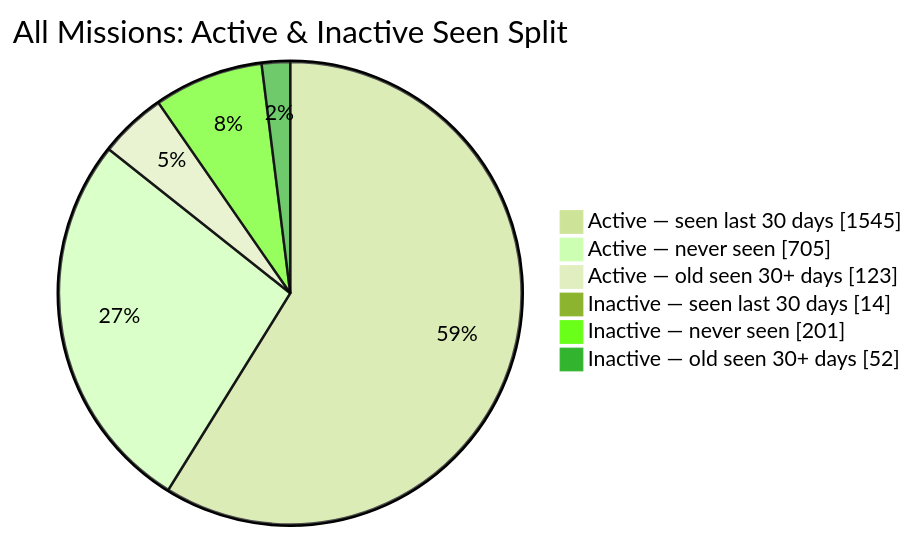
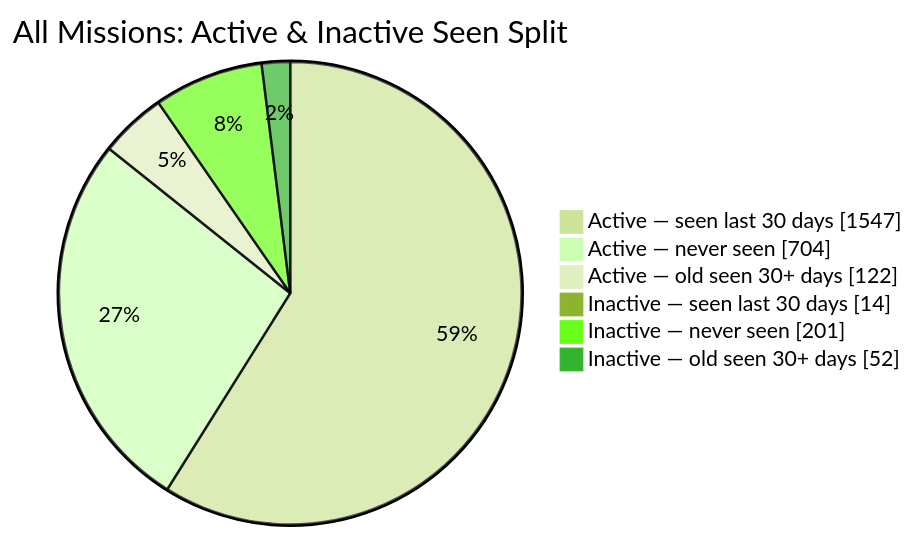
The second of 2 diagrams in README.md (MeldkamerspelGameTeam/active-missions), drawn with Mermaid (forest theme) before and after one commit. The commit also changed other lines of this file and 3 other files, not shown here.

````diff
--- a/README.md
+++ b/README.md
@@ -44,10 +44,10 @@
 ```mermaid
 pie showData
     title All Missions: Active & Inactive Seen Split
-    "Active — seen last 30 days" : 1545
-    "Active — never seen" : 705
-    "Active — old seen 30+ days" : 123
+    "Active — seen last 30 days" : 1547
+    "Active — never seen" : 704
+    "Active — old seen 30+ days" : 122
     "Inactive — seen last 30 days" : 14
     "Inactive — never seen" : 201
     "Inactive — old seen 30+ days" : 52
 ```
````
